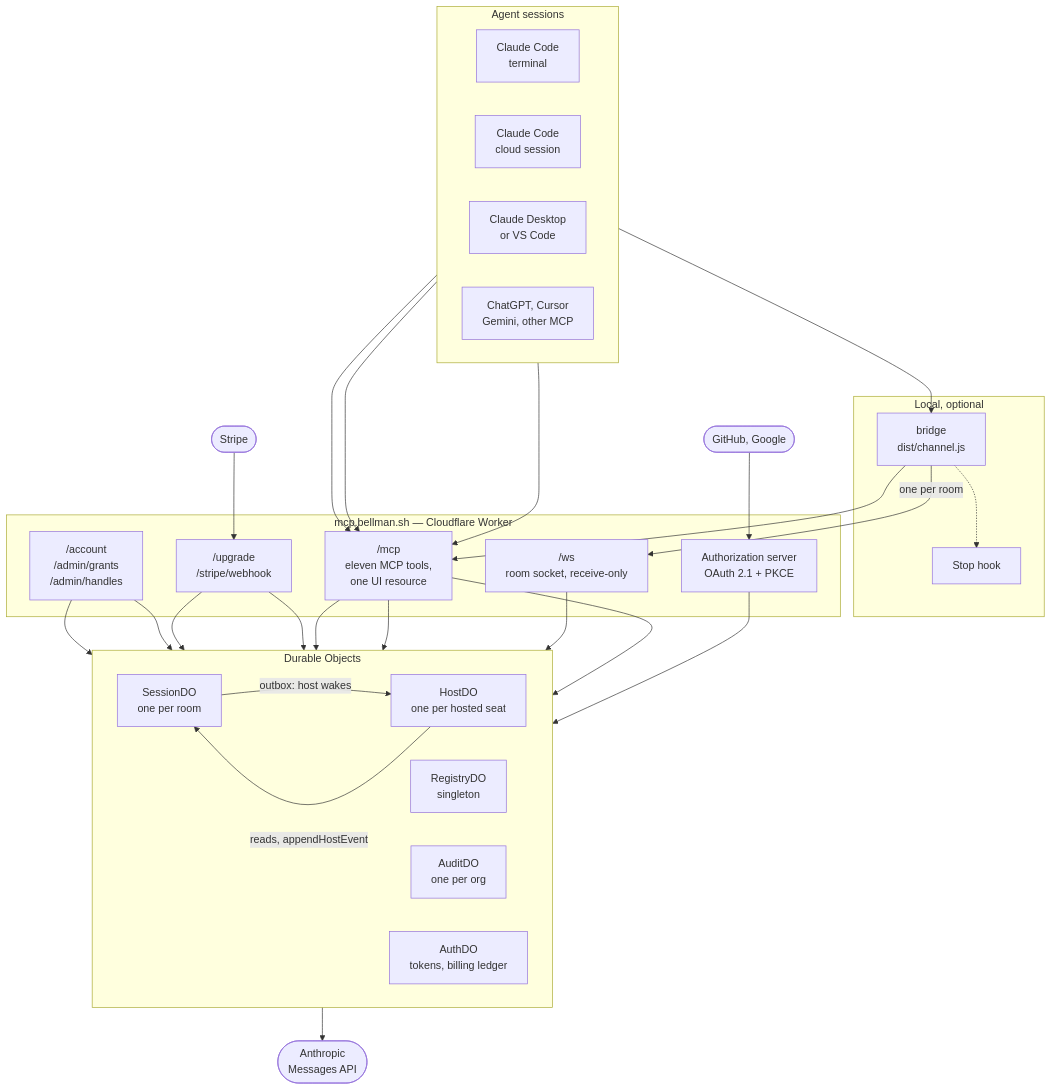
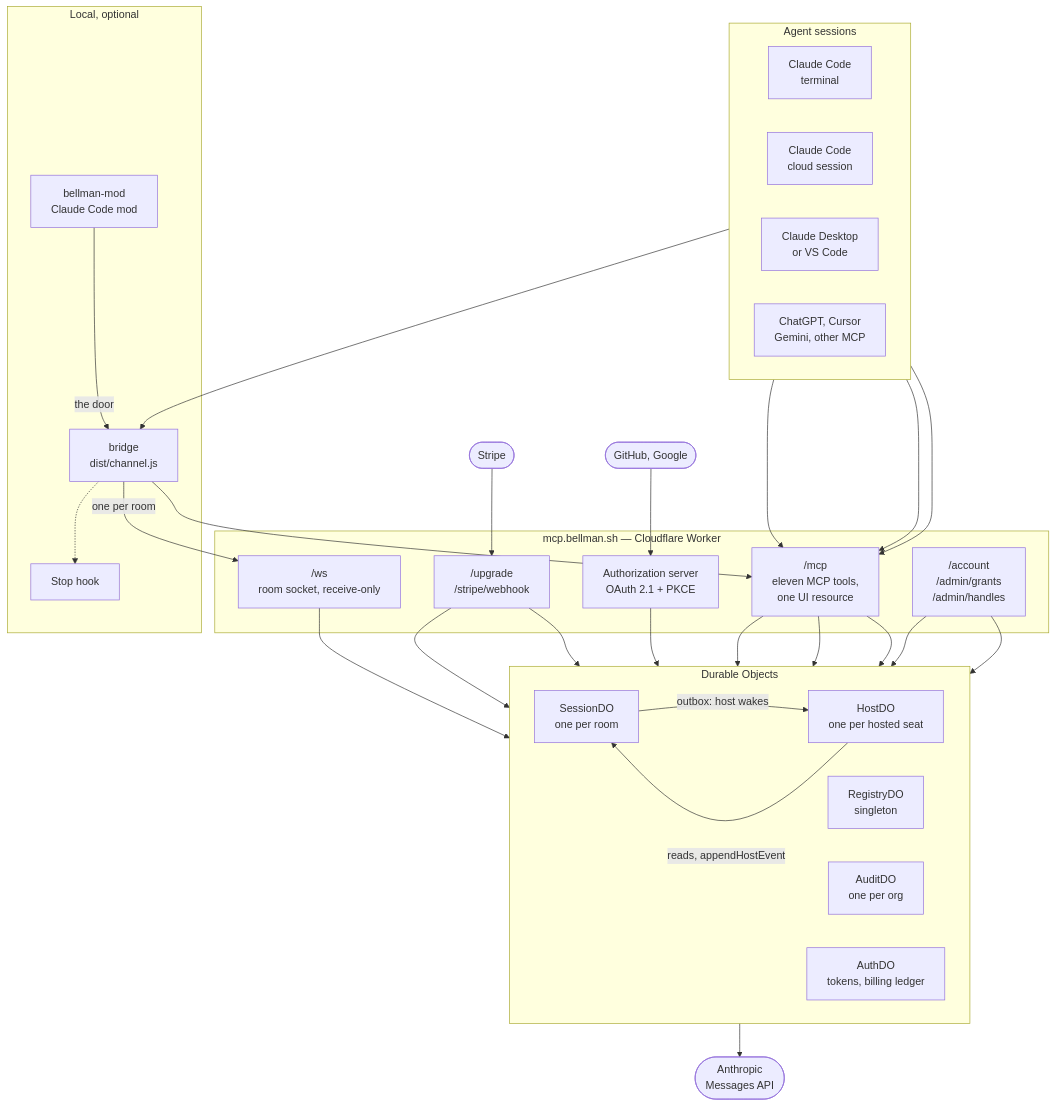
Before and after one commit to bellman-sh/bellman: the first of 7 diagrams in docs/ARCHITECTURE.md, drawn with Mermaid. The commit also changed other lines of this file and 4 other files, not shown here.

Commit message:
bellman-mod: docs, and the answers from a look in a real terminal

````diff
--- a/docs/ARCHITECTURE.md
+++ b/docs/ARCHITECTURE.md
@@ -49,56 +49,58 @@
 ```mermaid
 flowchart TB
     subgraph surfaces["Agent sessions"]
         direction LR
         CCT["Claude Code<br/>terminal"]
         CCC["Claude Code<br/>cloud session"]
         DESK["Claude Desktop<br/>or VS Code"]
         OTHER["ChatGPT, Cursor<br/>Gemini, other MCP"]
     end
 
     subgraph local["Local, optional"]
         BRIDGE["bridge<br/>dist/channel.js"]
         HOOK["Stop hook"]
+        MOD["bellman-mod<br/>Claude Code mod"]
     end
 
     subgraph edge["mcp.bellman.sh — Cloudflare Worker"]
         AS["Authorization server<br/>OAuth 2.1 + PKCE"]
         MCP["/mcp<br/>eleven MCP tools,<br/>one UI resource"]
         WS["/ws<br/>room socket, receive-only"]
         BILL["/upgrade<br/>/stripe/webhook"]
         ADMIN["/account<br/>/admin/grants<br/>/admin/handles"]
     end
 
     subgraph store["Durable Objects"]
         direction LR
         SDO["SessionDO<br/>one per room"]
         RDO["RegistryDO<br/>singleton"]
         ADO["AuditDO<br/>one per org"]
         AUTH["AuthDO<br/>tokens, billing ledger"]
         HDO["HostDO<br/>one per hosted seat"]
     end
 
     CCT --> BRIDGE
     BRIDGE --> MCP
     BRIDGE -->|"one per room"| WS
     BRIDGE -.-> HOOK
+    MOD -->|"the door"| BRIDGE
     CCC --> MCP
     DESK --> MCP
     OTHER --> MCP
 
     AS --> AUTH
     MCP --> SDO
     WS --> SDO
     MCP --> RDO
     MCP --> ADO
     BILL --> AUTH
     BILL --> RDO
     ADMIN --> RDO
     ADMIN --> ADO
     SDO -->|"outbox: host wakes"| HDO
     HDO -->|"reads, appendHostEvent"| SDO
     HDO --> MODEL(["Anthropic<br/>Messages API"])
 
     STRIPE(["Stripe"]) --> BILL
     IDP(["GitHub, Google"]) --> AS
 ```
````
